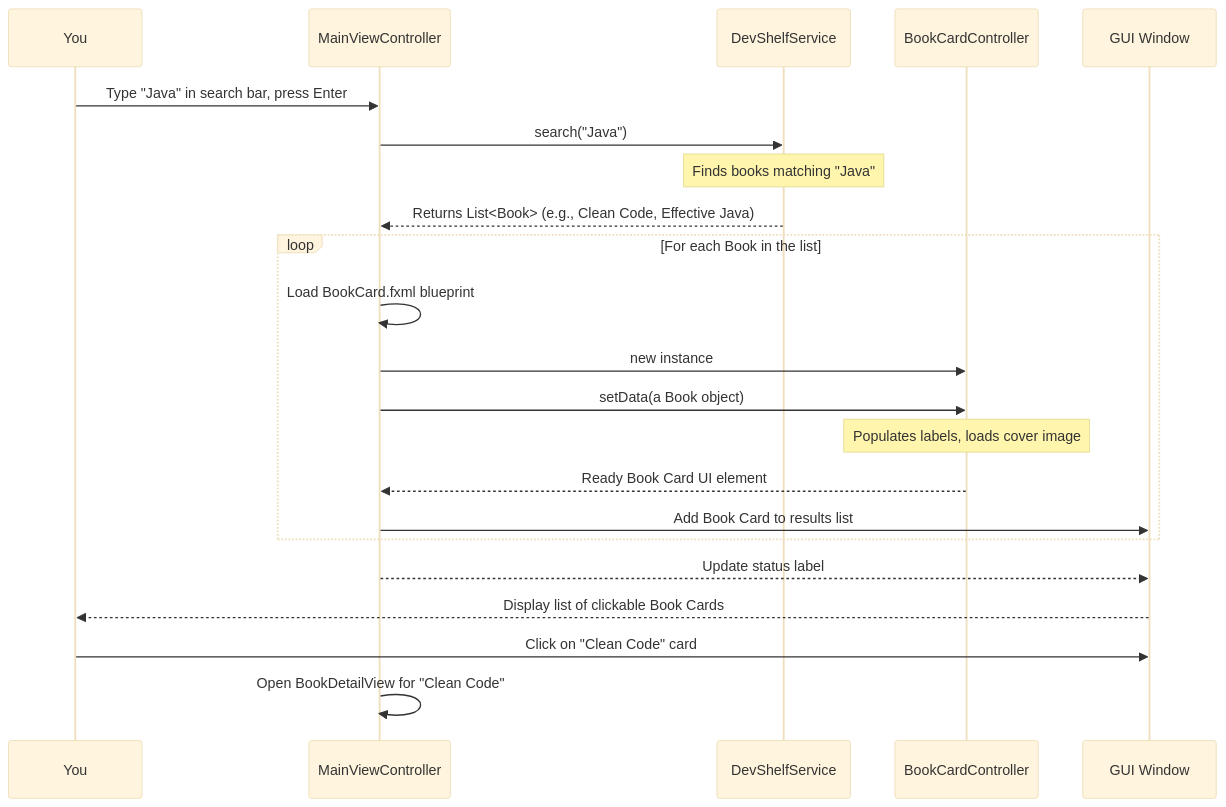
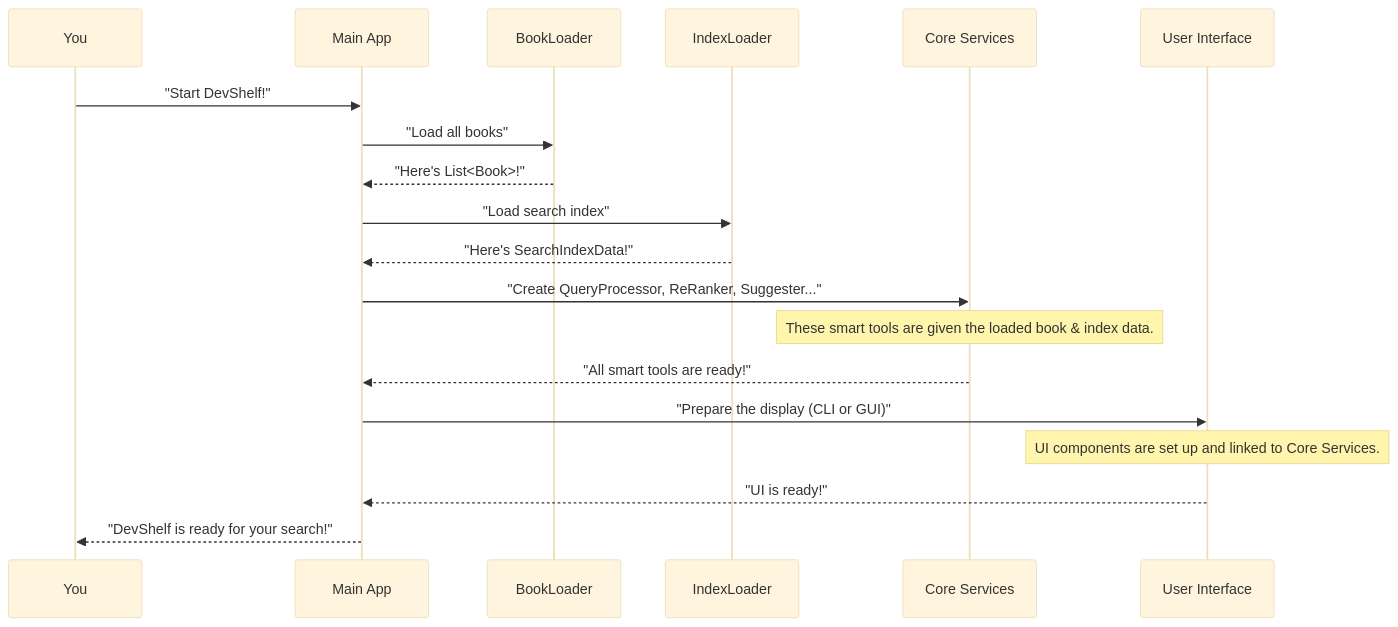
The diagram in documentation/Chapter 3 User Interface Presentation.md (qasimio/DevShelf), drawn with Mermaid (base theme) before and after one commit. The commit also changed other lines of this file, not shown here.

````diff
--- a/documentation/Chapter 3 User Interface Presentation.md
+++ b/documentation/Chapter 3 User Interface Presentation.md
@@ -109,25 +153,22 @@
 ```mermaid
 sequenceDiagram
     participant You
-    participant MainViewController
-    participant DevShelfService
-    participant BookCardController
-    participant GUI Window
+    participant Main App
+    participant BookLoader
+    participant IndexLoader
+    participant Core Services
+    participant User Interface
 
-    You->>MainViewController: Type "Java" in search bar, press Enter
-    MainViewController->>DevShelfService: search("Java")
-    Note over DevShelfService: Finds books matching "Java"
-    DevShelfService-->>MainViewController: Returns List<Book> (e.g., Clean Code, Effective Java)
-    loop For each Book in the list
-        MainViewController->>MainViewController: Load BookCard.fxml blueprint
-        MainViewController->>BookCardController: new instance
-        MainViewController->>BookCardController: setData(a Book object)
-        Note over BookCardController: Populates labels, loads cover image
-        BookCardController-->>MainViewController: Ready Book Card UI element
-        MainViewController->>GUI Window: Add Book Card to results list
-    end
-    MainViewController-->>GUI Window: Update status label
-    GUI Window-->>You: Display list of clickable Book Cards
-    You->>GUI Window: Click on "Clean Code" card
-    MainViewController->>MainViewController: Open BookDetailView for "Clean Code"
+    You->>Main App: "Start DevShelf!"
+    Main App->>BookLoader: "Load all books"
+    BookLoader-->>Main App: "Here's List<Book>!"
+    Main App->>IndexLoader: "Load search index"
+    IndexLoader-->>Main App: "Here's SearchIndexData!"
+    Main App->>Core Services: "Create QueryProcessor, ReRanker, Suggester..."
+    Note over Core Services: These smart tools are given the loaded book & index data.
+    Core Services-->>Main App: "All smart tools are ready!"
+    Main App->>User Interface: "Prepare the display (CLI or GUI)"
+    Note over User Interface: UI components are set up and linked to Core Services.
+    User Interface-->>Main App: "UI is ready!"
+    Main App-->>You: "DevShelf is ready for your search!"
 ```
````
